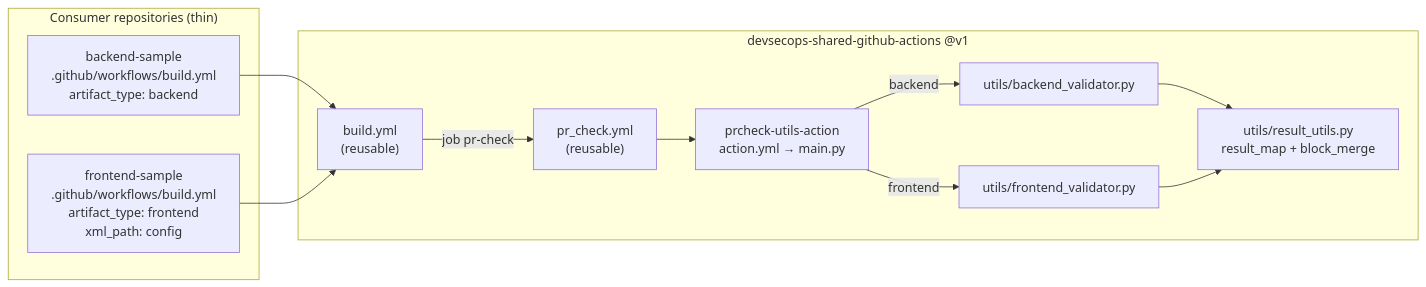
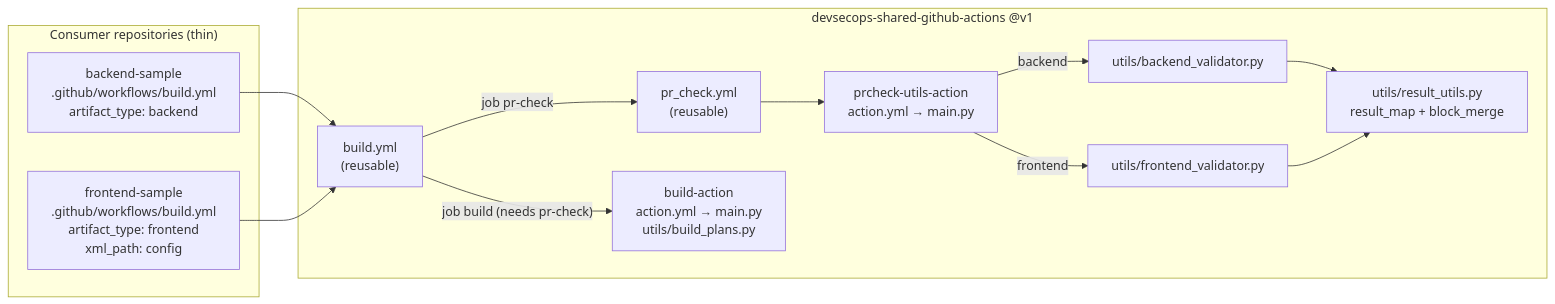
One commit to Mahesh2511/devsecops-shared-github-actions changed the diagram in docs/architecture.md. Above: the diagram before and after it, drawn with Mermaid. The commit also changed other lines of this file and 10 other files, not shown here.

First line of the commit message:
Add shared build-action and call it from build.yml

````diff
--- a/docs/architecture.md
+++ b/docs/architecture.md
@@ -5,23 +5,25 @@
 ```mermaid
 flowchart LR
   subgraph Consumers["Consumer repositories (thin)"]
     B["backend-sample<br/>.github/workflows/build.yml<br/>artifact_type: backend"]
     F["frontend-sample<br/>.github/workflows/build.yml<br/>artifact_type: frontend<br/>xml_path: config"]
   end
   subgraph Shared["devsecops-shared-github-actions @v1"]
     BY["build.yml<br/>(reusable)"]
     PC["pr_check.yml<br/>(reusable)"]
     A["prcheck-utils-action<br/>action.yml → main.py"]
     BV["utils/backend_validator.py"]
     FV["utils/frontend_validator.py"]
     RU["utils/result_utils.py<br/>result_map + block_merge"]
+    BA["build-action<br/>action.yml → main.py<br/>utils/build_plans.py"]
   end
   B --> BY
   F --> BY
   BY -- "job pr-check" --> PC
   PC --> A
   A -- backend --> BV
   A -- frontend --> FV
   BV --> RU
   FV --> RU
+  BY -- "job build (needs pr-check)" --> BA
 ```
````
